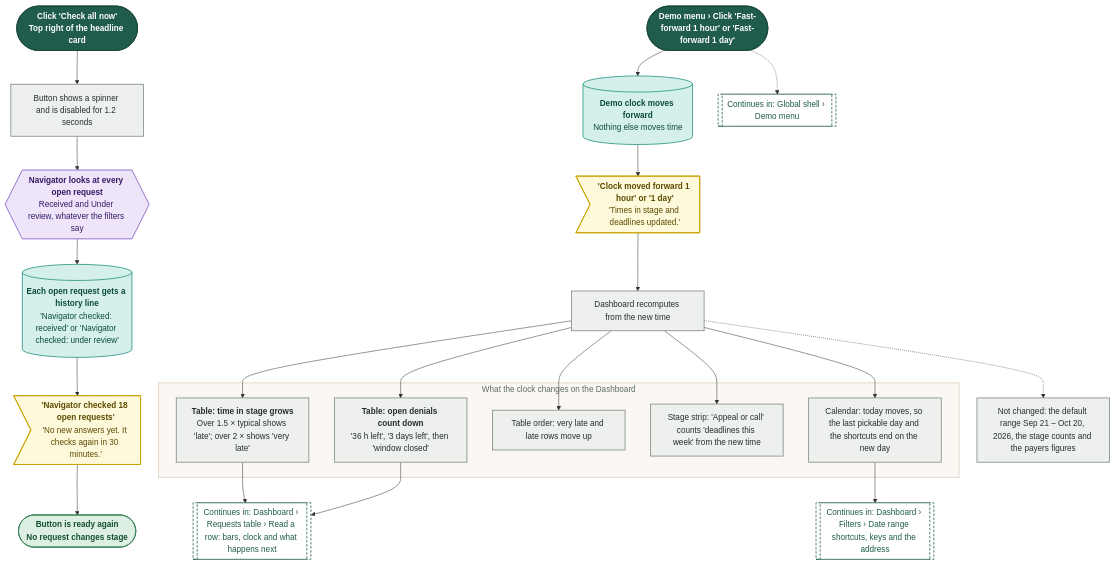
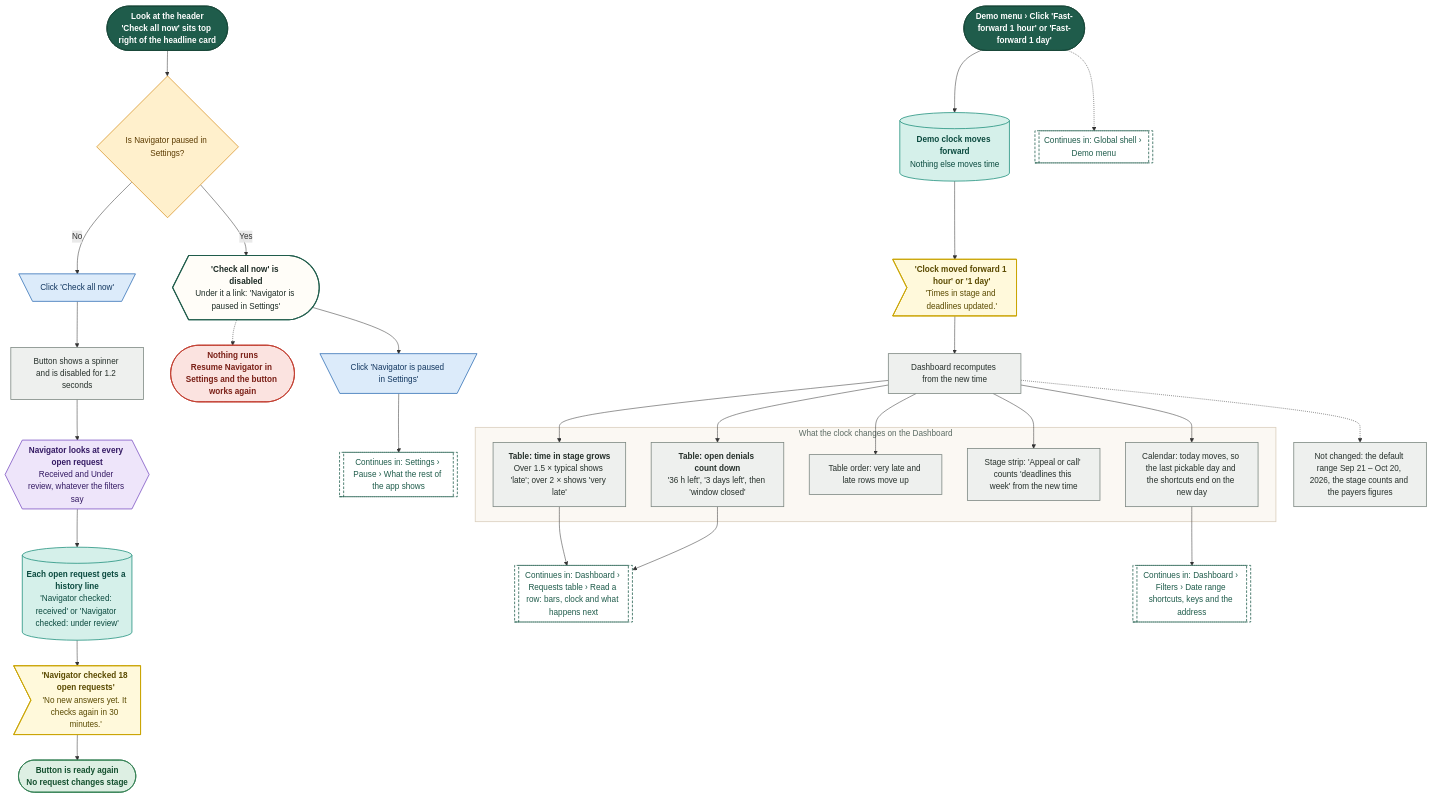
The third of 19 diagrams in demos/prior-auth-demo/workflows/out/md/02-dashboard.md (Shrav143/psyfloapp), drawn with Mermaid before and after one commit. The commit also changed other lines of this file and 195 other files, not shown here.

First line of the commit message:
docs: Rebuild workflow diagrams after the demo fixes (220 diagrams)

````diff
--- a/demos/prior-auth-demo/workflows/out/md/02-dashboard.md
+++ b/demos/prior-auth-demo/workflows/out/md/02-dashboard.md
@@ -175,57 +181,70 @@
 ```mermaid
 %%{init: {"theme":"base","themeVariables":{"fontFamily":"'DM Sans', 'Segoe UI', system-ui, sans-serif","fontSize":"15px","lineColor":"#5B6B63","primaryTextColor":"#1C2B25","clusterBkg":"#FBF8F3","clusterBorder":"#D9CDBB","edgeLabelBackground":"#FFFFFF"},"flowchart":{"curve":"basis","nodeSpacing":36,"rankSpacing":48,"padding":12,"htmlLabels":true,"useMaxWidth":false,"wrappingWidth":230}} }%%
 flowchart TD
   classDef k_start fill:#1F5C4B,stroke:#174638,color:#FFFFFF,stroke-width:1.5px,font-weight:600
   classDef k_end fill:#DDEFE3,stroke:#2E7D4F,color:#14502F,stroke-width:1.5px,font-weight:600
   classDef k_endx fill:#FBE3E0,stroke:#C0392B,color:#7A1F16,stroke-width:1.5px,font-weight:600
   classDef k_screen fill:#FFFDF8,stroke:#1F5C4B,color:#1C2B25,stroke-width:2px
   classDef k_overlay fill:#F1F7F3,stroke:#1F5C4B,color:#1C2B25,stroke-width:2px,stroke-dasharray:5 3
   classDef k_click fill:#DCEBFA,stroke:#2F6DB5,color:#12365F,stroke-width:1.5px
   classDef k_input fill:#E4E7FF,stroke:#4C5FD5,color:#1D2670,stroke-width:1.5px
   classDef k_process fill:#EEF0EE,stroke:#7A857F,color:#26302B,stroke-width:1.5px
   classDef k_agent fill:#EEE5FA,stroke:#7A4FC2,color:#341A63,stroke-width:1.5px
   classDef k_decision fill:#FFF0CC,stroke:#D9962B,color:#5C3B00,stroke-width:1.5px
   classDef k_store fill:#D5F0EA,stroke:#1C8E7B,color:#0B4A3F,stroke-width:1.5px
   classDef k_doc fill:#F6E9DC,stroke:#B07A4C,color:#4A2E14,stroke-width:1.5px
   classDef k_ext fill:#FFE6D2,stroke:#E07B39,color:#6B2F06,stroke-width:1.5px
   classDef k_wait fill:#E4E8EE,stroke:#6B7C93,color:#26303D,stroke-width:1.5px
   classDef k_toast fill:#FFF9DB,stroke:#C9A400,color:#5A4A00,stroke-width:1.5px
   classDef k_goto fill:#FFFFFF,stroke:#1F5C4B,color:#1F5C4B,stroke-width:1.5px,stroke-dasharray:5 3
-  s1@{ shape: stadium, label: "<b>Click 'Check all now'</b><br/>Top right of the headline card" }
+  s0@{ shape: stadium, label: "<b>Look at the header</b><br/>'Check all now' sits top right of the headline card" }
+  dp@{ shape: diam, label: "Is Navigator paused in Settings?" }
+  sp@{ shape: curv-trap, label: "<b>'Check all now' is disabled</b><br/>Under it a link: 'Navigator is paused in Settings'" }
+  cs@{ shape: trap-t, label: "Click 'Navigator is paused in Settings'" }
+  gs@{ shape: subproc, label: "Continues in: Settings › Pause › What the rest of the app shows" }
+  xs@{ shape: stadium, label: "<b>Nothing runs</b><br/>Resume Navigator in Settings and the button works again" }
+  s1@{ shape: trap-t, label: "Click 'Check all now'" }
   p1@{ shape: rect, label: "Button shows a spinner and is disabled for 1.2 seconds" }
   a1@{ shape: hex, label: "<b>Navigator looks at every open request</b><br/>Received and Under review, whatever the filters say" }
   w1@{ shape: cyl, label: "<b>Each open request gets a history line</b><br/>'Navigator checked: received' or 'Navigator checked: under review'" }
   t1@{ shape: odd, label: "<b>'Navigator checked 18 open requests'</b><br/>'No new answers yet. It checks again in 30 minutes.'" }
   e1@{ shape: stadium, label: "<b>Button is ready again</b><br/>No request changes stage" }
   s2@{ shape: stadium, label: "Demo menu › Click 'Fast-forward 1 hour' or 'Fast-forward 1 day'" }
   c1@{ shape: cyl, label: "<b>Demo clock moves forward</b><br/>Nothing else moves time" }
   t2@{ shape: odd, label: "<b>'Clock moved forward 1 hour' or '1 day'</b><br/>'Times in stage and deadlines updated.'" }
   p2@{ shape: rect, label: "Dashboard recomputes from the new time" }
   subgraph gClock ["What the clock changes on the Dashboard"]
   r1@{ shape: rect, label: "<b>Table: time in stage grows</b><br/>Over 1.5 × typical shows 'late'; over 2 × shows 'very late'" }
   r2@{ shape: rect, label: "<b>Table: open denials count down</b><br/>'36 h left', '3 days left', then 'window closed'" }
   r3@{ shape: rect, label: "Table order: very late and late rows move up" }
   r4@{ shape: rect, label: "Stage strip: 'Appeal or call' counts 'deadlines this week' from the new time" }
   r5@{ shape: rect, label: "Calendar: today moves, so the last pickable day and the shortcuts end on the new day" }
   end
   p3@{ shape: rect, label: "Not changed: the default range Sep 21 – Oct 20, 2026, the stage counts and the payers figures" }
   g1@{ shape: subproc, label: "Continues in: Global shell › Demo menu" }
   g2@{ shape: subproc, label: "Continues in: Dashboard › Requests table › Read a row: bars, clock and what happens next" }
   g3@{ shape: subproc, label: "Continues in: Dashboard › Filters › Date range shortcuts, keys and the address" }
-  s1 --> p1 --> a1 --> w1 --> t1 --> e1
+  s0 --> dp
+  dp -->|"No"| s1 --> p1 --> a1 --> w1 --> t1 --> e1
+  dp -->|"Yes"| sp --> cs --> gs
+  sp -.-> xs
   s2 --> c1 --> t2 --> p2
   p2 --> r1 & r2 & r3 & r4 & r5
   r1 --> g2
   r2 --> g2
   r5 --> g3
   p2 -.-> p3
   s2 -.-> g1
-  class s1,s2 k_start
+  class s0,s2 k_start
+  class dp k_decision
+  class sp k_screen
+  class cs,s1 k_click
+  class gs,g1,g2,g3 k_goto
+  class xs k_endx
   class p1,p2,r1,r2,r3,r4,r5,p3 k_process
   class a1 k_agent
   class w1,c1 k_store
   class t1,t2 k_toast
   class e1 k_end
-  class g1,g2,g3 k_goto
   style gClock fill:#FBF8F3,stroke:#D9CDBB,stroke-width:1.5px,color:#5B6B63
 ```
````
